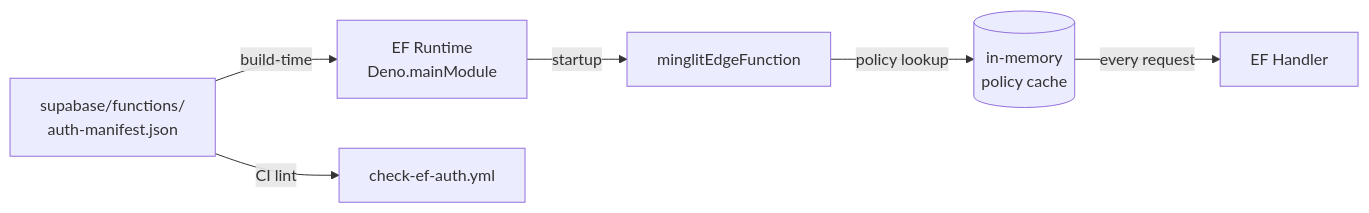
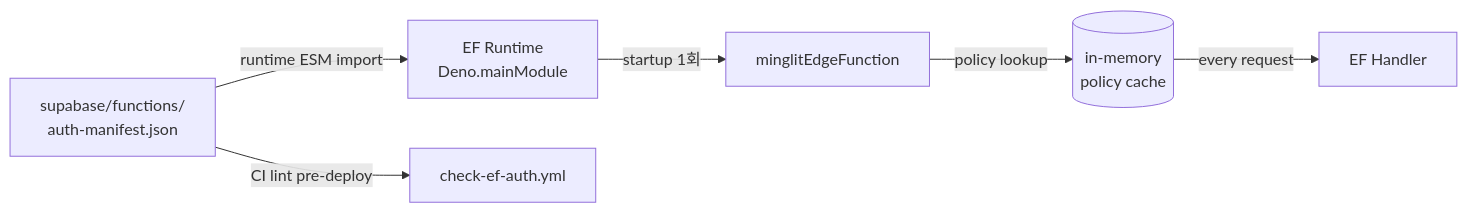
The third of 3 diagrams in docs/architecture/edge-function-auth.md (Mark-Yun/minglit), drawn with Mermaid before and after one commit. The commit also changed other lines of this file, not shown here.

First line of the commit message:
docs(architecture): EF auth doc v2 — 14개 모호함/오류 수정

````diff
--- a/docs/architecture/edge-function-auth.md
+++ b/docs/architecture/edge-function-auth.md
@@ -352,8 +487,8 @@
 ```mermaid
 flowchart LR
-    Manifest[supabase/functions/<br/>auth-manifest.json] -->|build-time| EFRuntime[EF Runtime<br/>Deno.mainModule]
-    Manifest -->|CI lint| Lint[check-ef-auth.yml]
-    EFRuntime -->|startup| Wrapper[minglitEdgeFunction]
+    Manifest[supabase/functions/<br/>auth-manifest.json] -->|runtime ESM import| EFRuntime[EF Runtime<br/>Deno.mainModule]
+    Manifest -->|CI lint pre-deploy| Lint[check-ef-auth.yml]
+    EFRuntime -->|startup 1회| Wrapper[minglitEdgeFunction]
     Wrapper -->|policy lookup| Cache[(in-memory<br/>policy cache)]
     Cache -->|every request| Handler[EF Handler]
 ```
````
